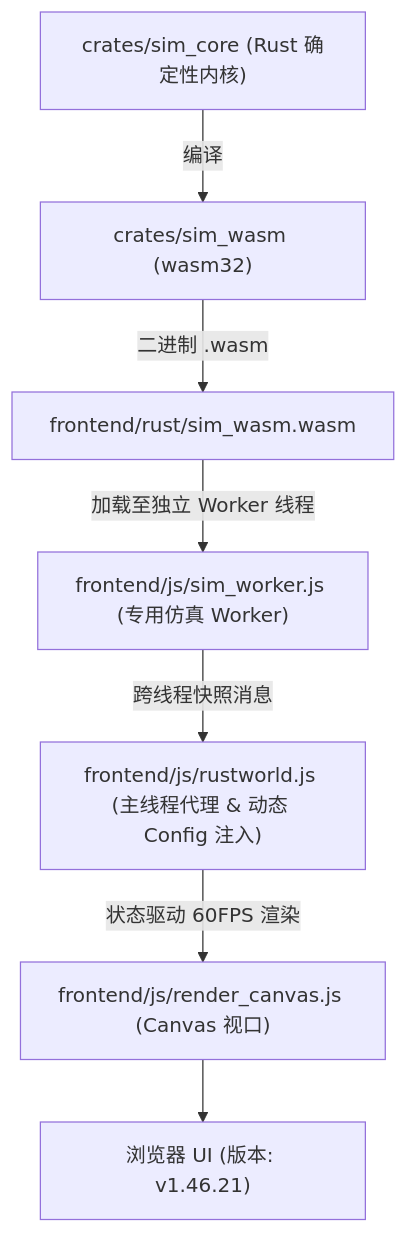
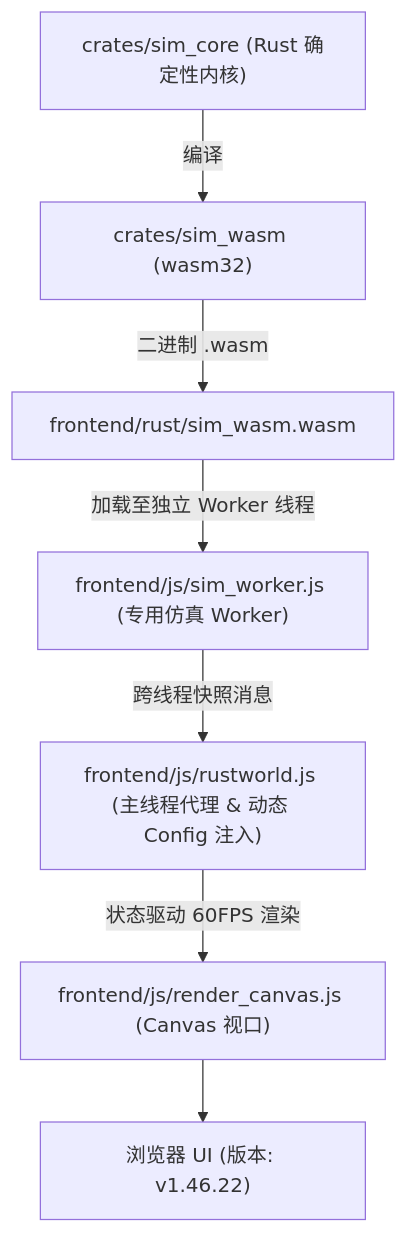
One commit to g39088902/FlowAndAccord changed the diagram in AGENTS.md. Above: the diagram before and after it, drawn with Mermaid. The commit also changed other lines of this file and 45 other files, not shown here.

````diff
--- a/AGENTS.md
+++ b/AGENTS.md
@@ -60,9 +61,9 @@
 ```mermaid
 graph TD
     A["crates/sim_core (Rust 确定性内核)"] -->|编译| B["crates/sim_wasm (wasm32)"]
     B -->|二进制 .wasm| C["frontend/rust/sim_wasm.wasm"]
     C -->|加载至独立 Worker 线程| D["frontend/js/sim_worker.js (专用仿真 Worker)"]
     D -->|跨线程快照消息| E["frontend/js/rustworld.js (主线程代理 & 动态 Config 注入)"]
     E -->|状态驱动 60FPS 渲染| F["frontend/js/render_canvas.js (Canvas 视口)"]
-    F --> G["浏览器 UI (版本: v1.46.21)"]
+    F --> G["浏览器 UI (版本: v1.46.22)"]
 ```
````
